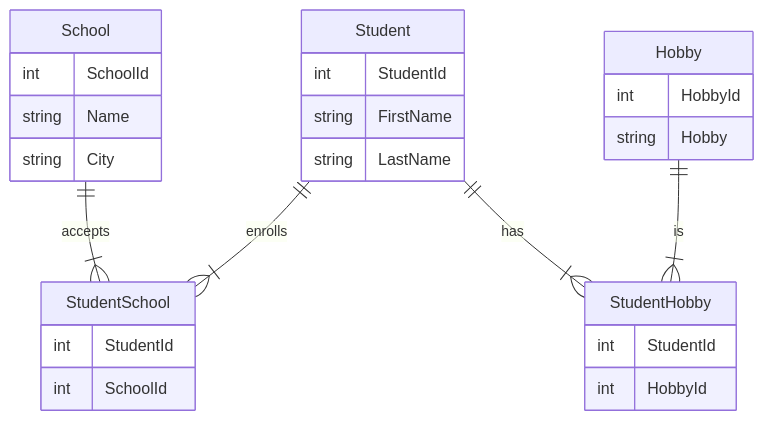
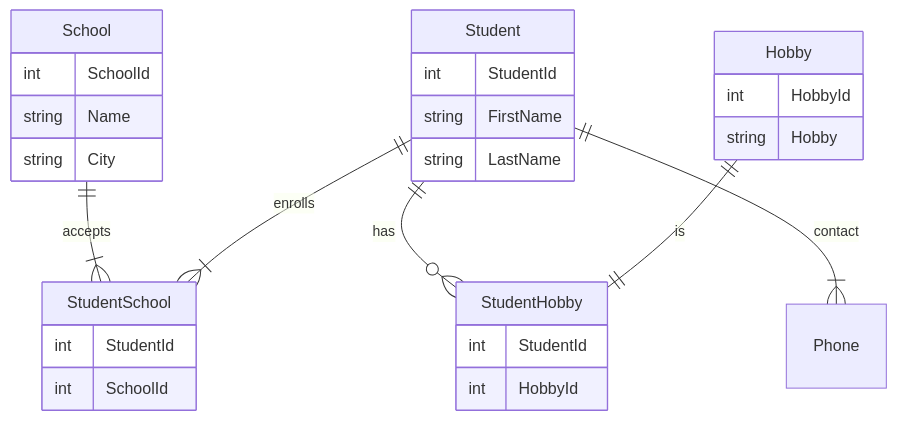
One commit to ellinorekmark/db2022 changed the diagram in README.md. Above: the diagram before and after it, drawn with Mermaid.

Commit message:
getting the hang of ER diagrams

````diff
--- a/README.md
+++ b/README.md
@@ -1,36 +1,38 @@
 ```mermaid
 
 erDiagram    
     School ||--|{ StudentSchool : accepts
     Student || --|{StudentSchool : enrolls
-    Student ||--|{StudentHobby : has
-    Hobby ||--|{StudentHobby : is
+    Student ||--o{StudentHobby : has
+    Hobby ||--||StudentHobby : is
+    Student ||--|{Phone : contact
+    
     
     StudentSchool {
         int StudentId
         int SchoolId
     }
     
     Student {
         int StudentId
         string FirstName
         string LastName
     }
     
     School {
         int SchoolId
         string Name
         string City
     }
 
     StudentHobby {
         int StudentId
         int HobbyId
     }
 
     Hobby {
         int HobbyId
         string Hobby
     }
 
 ```
````
